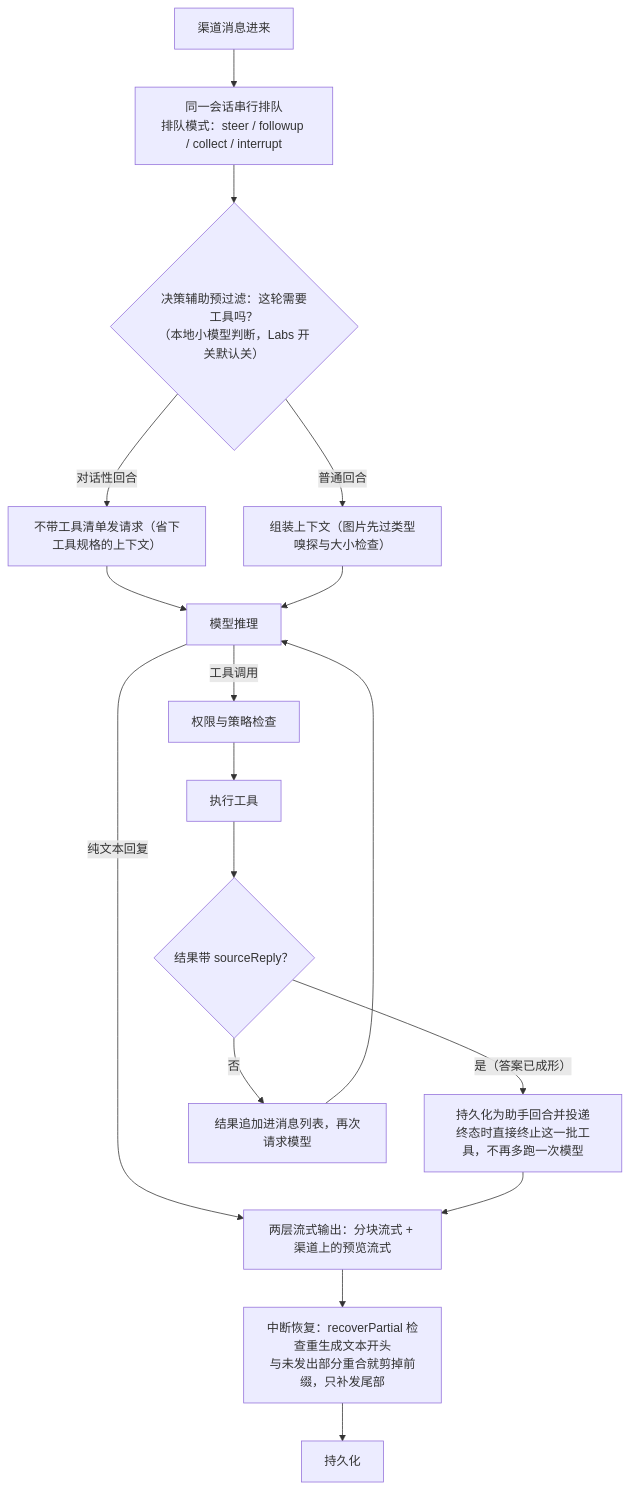
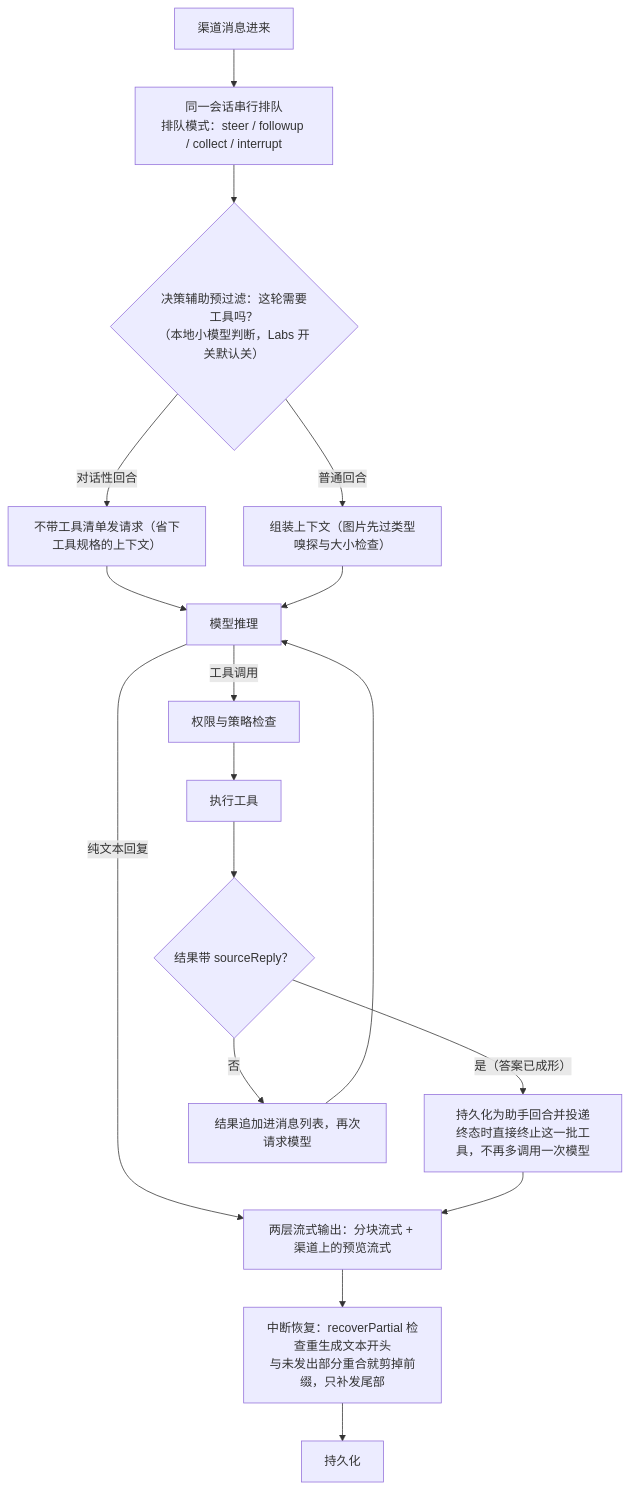
The third of 5 diagrams in notes/openclaw.md (zachysun/awesome-agents-notes), drawn with Mermaid before and after one commit. The commit also changed other lines of this file and 5 other files, not shown here.

````diff
--- a/notes/openclaw.md
+++ b/notes/openclaw.md
@@ -126,19 +126,19 @@
 ```mermaid
 flowchart TD
     M["渠道消息进来"] --> SER["同一会话串行排队<br/>排队模式：steer / followup / collect / interrupt"]
     SER --> DIA{"决策辅助预过滤：这轮需要工具吗？<br/>（本地小模型判断，Labs 开关默认关）"}
     DIA -->|"对话性回合"| NOTOOL["不带工具清单发请求（省下工具规格的上下文）"]
     DIA -->|"普通回合"| ASSEM["组装上下文（图片先过类型嗅探与大小检查）"]
     NOTOOL --> LLM["模型推理"]
     ASSEM --> LLM
     LLM -->|"工具调用"| AUTH["权限与策略检查"]
     AUTH --> EXEC["执行工具"]
     EXEC --> SRC{"结果带 sourceReply？"}
-    SRC -->|"是（答案已成形）"| DELIVER["持久化为助手回合并投递<br/>终态时直接终止这一批工具，不再多跑一次模型"]
+    SRC -->|"是（答案已成形）"| DELIVER["持久化为助手回合并投递<br/>终态时直接终止这一批工具，不再多调用一次模型"]
     SRC -->|"否"| BACK["结果追加进消息列表，再次请求模型"]
     BACK --> LLM
     LLM -->|"纯文本回复"| STREAM["两层流式输出：分块流式 + 渠道上的预览流式"]
     DELIVER --> STREAM
     STREAM --> RECOVER["中断恢复：recoverPartial 检查重生成文本开头<br/>与未发出部分重合就剪掉前缀，只补发尾部"]
     RECOVER --> PERSIST["持久化"]
 ```
````
